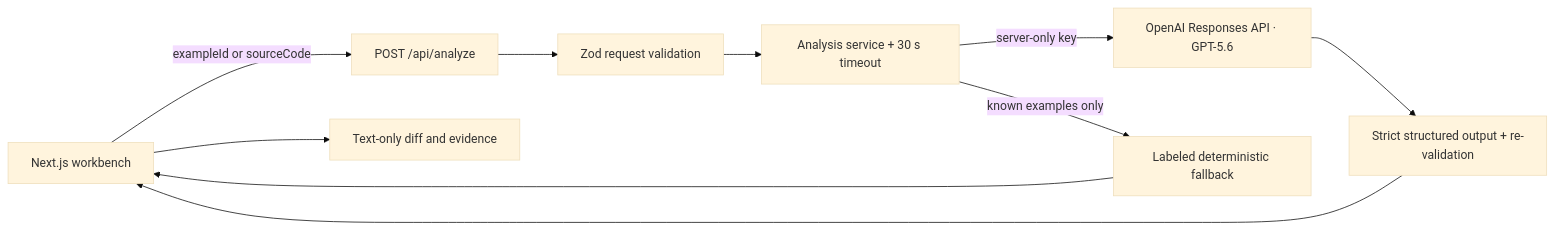
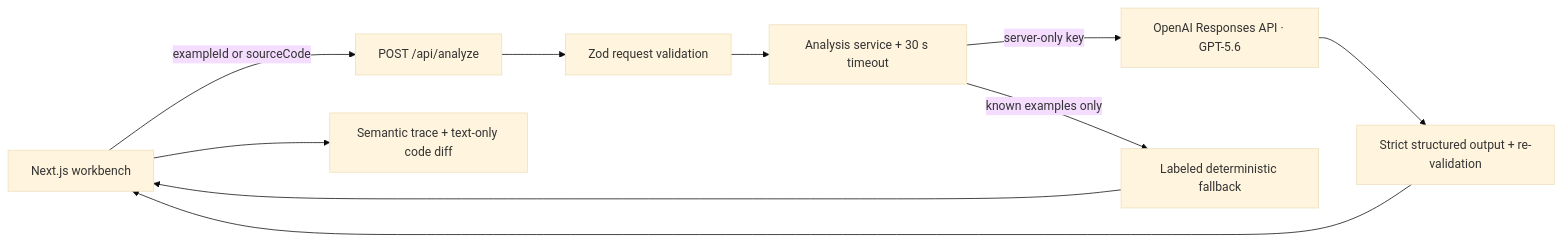
Before and after one commit to alexliluz/stillmeaning: the diagram in README.md, drawn with Mermaid (base theme). The commit also changed other lines of this file and 6 other files, not shown here.

````diff
--- a/README.md
+++ b/README.md
@@ -44,12 +48,12 @@
 ```mermaid
 flowchart LR
   UI["Next.js workbench"] -->|"exampleId or sourceCode"| API["POST /api/analyze"]
   API --> V["Zod request validation"]
   V --> S["Analysis service + 30 s timeout"]
   S -->|"server-only key"| O["OpenAI Responses API · GPT-5.6"]
   O --> Z["Strict structured output + re-validation"]
   Z --> UI
   S -->|"known examples only"| F["Labeled deterministic fallback"]
   F --> UI
-  UI --> D["Text-only diff and evidence"]
+  UI --> D["Semantic trace + text-only code diff"]
 ```
````
